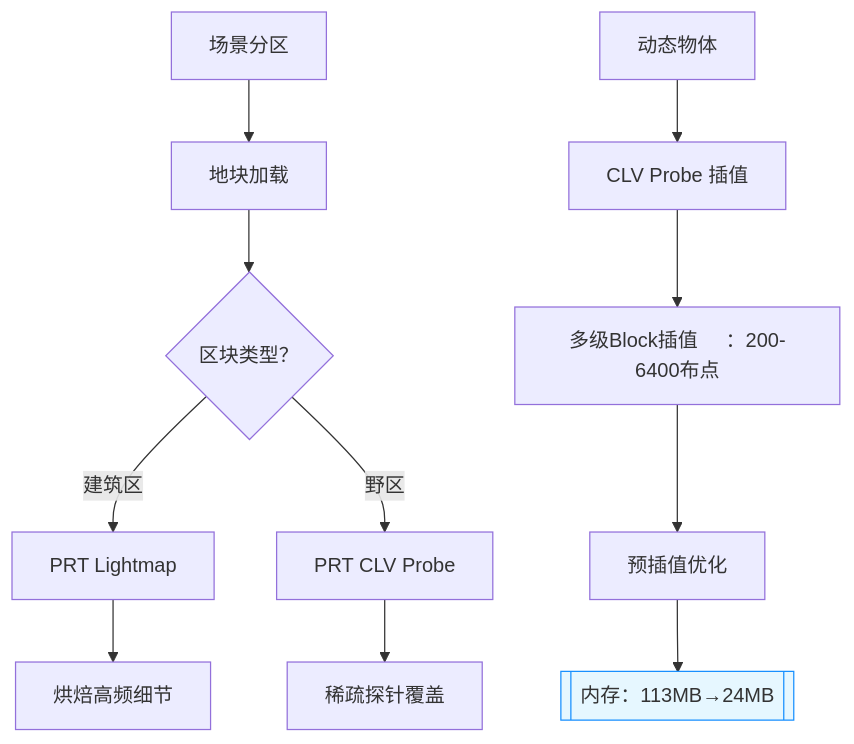
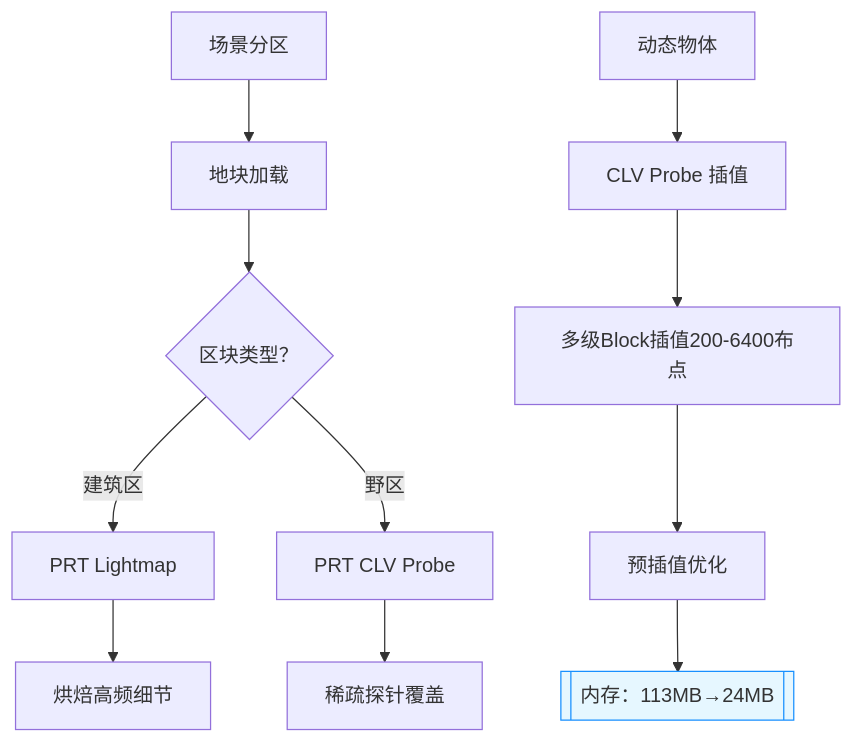
The diagram in all/未命名-4.md (archieluan/iodraw-files), drawn with Mermaid before and after one commit.

Commit message:
2025-06-13 15:59:33 update

````diff
--- a/all/未命名-4.md
+++ b/all/未命名-4.md
@@ -1,14 +1,14 @@
 ```mermaid
 graph TD
     A[场景分区] --> B[地块加载]
     B --> C{区块类型？}
     C -->|建筑区| D[PRT Lightmap]
     C -->|野区| E[PRT CLV Probe]
     D --> F[烘焙高频细节]
     E --> G[稀疏探针覆盖]
     H[动态物体] --> I[CLV Probe 插值]
-    I --> J[多级Block插值     ：200-6400布点]
+    I --> J[多级Block插值200-6400布点]
     J --> K[预插值优化]
     K --> L[[内存：113MB→24MB]]
     style L fill:#e6f7ff,stroke:#1890ff
 ```
````
